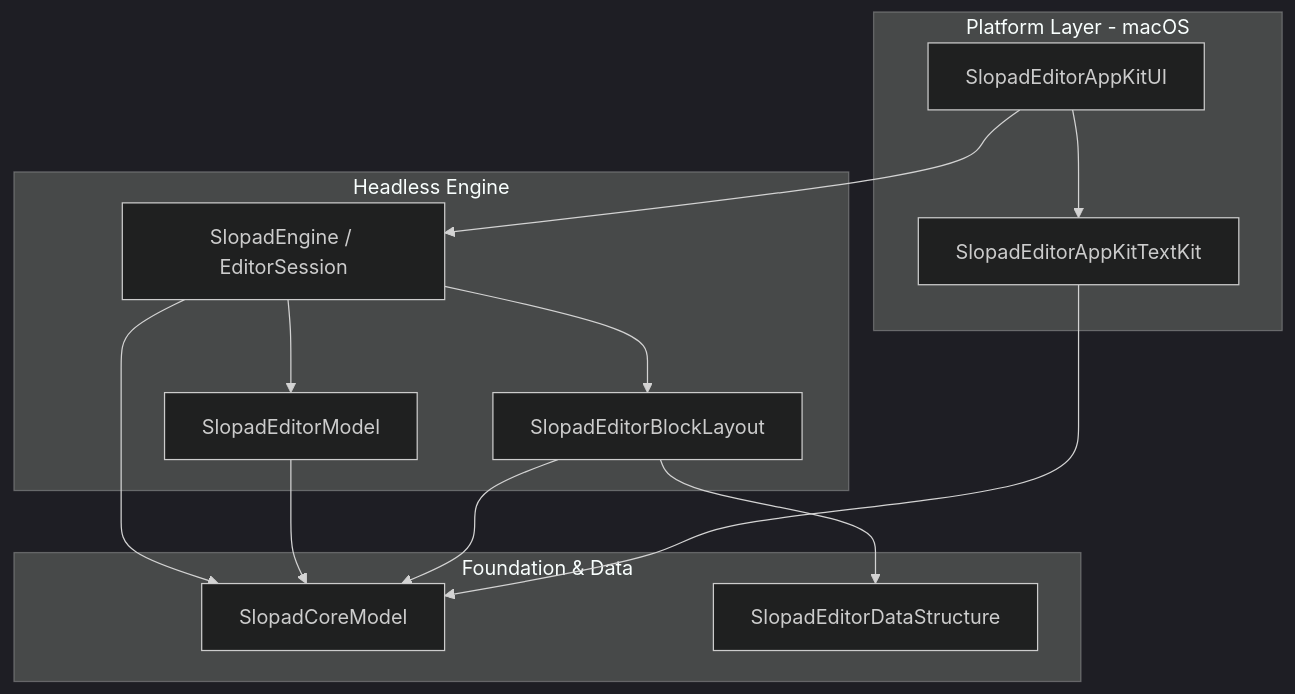
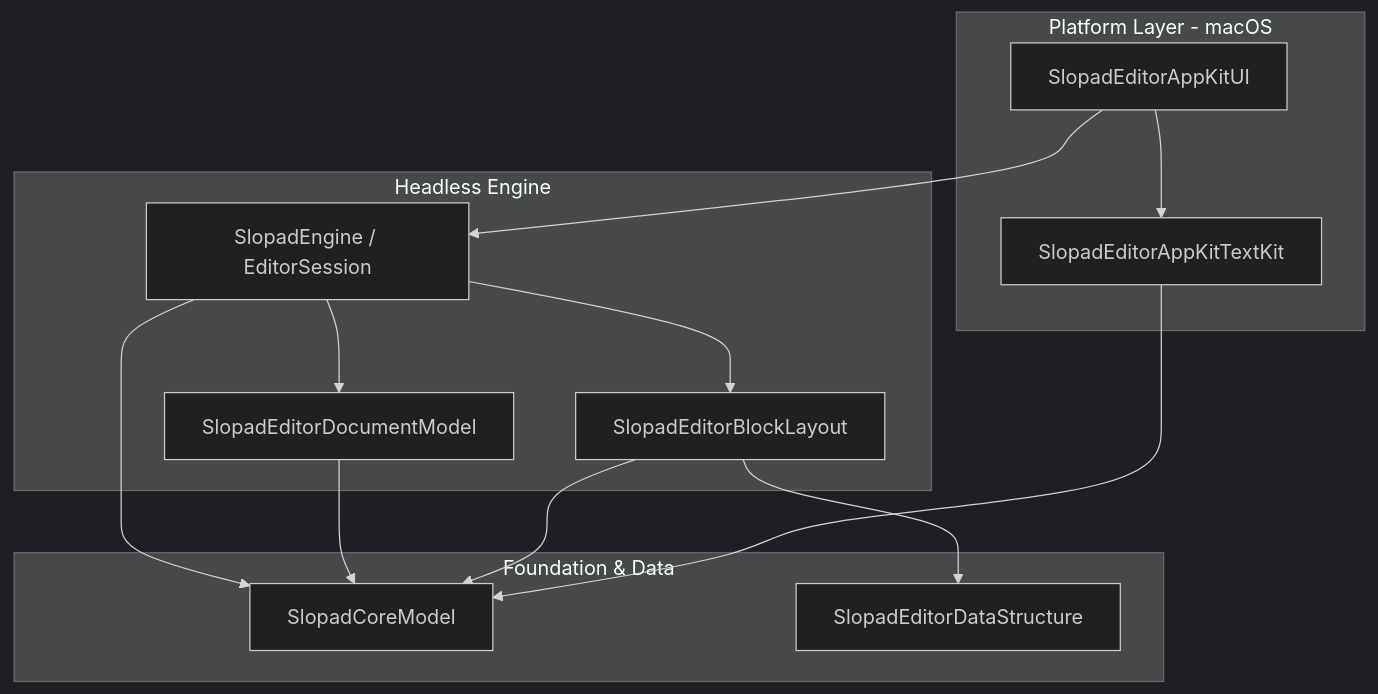
Before and after one commit to hot666666/SlopadEditor: the diagram in ADR/0002-swiftpm-target-graph.md, drawn with Mermaid (dark theme). The commit also changed other lines of this file and 87 other files, not shown here.

First line of the commit message:
refactor: rename SlopadEditorModel to SlopadEditorDocumentModel

````diff
--- a/ADR/0002-swiftpm-target-graph.md
+++ b/ADR/0002-swiftpm-target-graph.md
@@ -17,28 +17,28 @@
 ```mermaid
 flowchart TB
     subgraph Platform["Platform Layer - macOS"]
         AppKitUI["SlopadEditorAppKitUI"]
         AppKitTextKit["SlopadEditorAppKitTextKit"]
     end
 
     subgraph Headless["Headless Engine"]
         Engine["SlopadEngine / EditorSession"]
-        EditorModel["SlopadEditorModel"]
+        EditorModel["SlopadEditorDocumentModel"]
         BlockLayout["SlopadEditorBlockLayout"]
     end
 
     subgraph Foundation["Foundation & Data"]
         CoreModel["SlopadCoreModel"]
         DataStructure["SlopadEditorDataStructure"]
     end
 
     AppKitUI --> Engine
     AppKitUI --> AppKitTextKit
     Engine --> CoreModel
     Engine --> EditorModel
     Engine --> BlockLayout
     EditorModel --> CoreModel
     BlockLayout --> CoreModel
     BlockLayout --> DataStructure
     AppKitTextKit --> CoreModel
 ```
````
